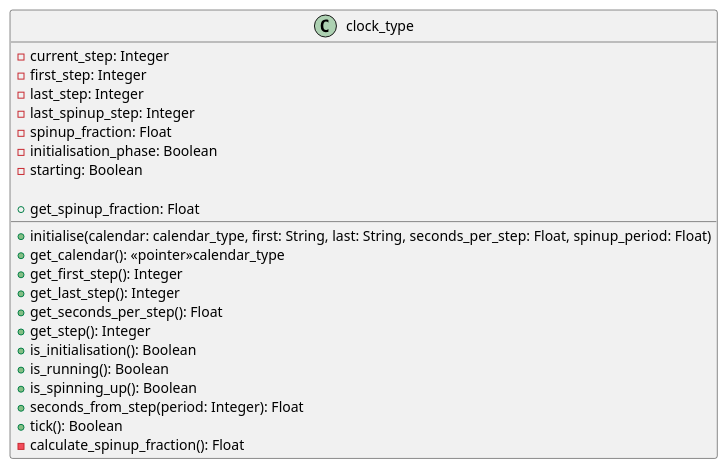
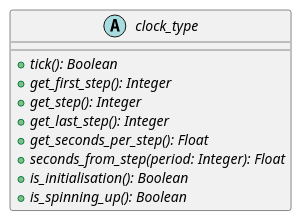
The diagram in infrastructure/documentation/uml/utilities/clock_mod.iuml (andrewcoughtrie/lfric_core), drawn with PlantUML before and after one commit. The commit also changed 48 other files, not shown here.

```diff
--- a/infrastructure/documentation/uml/utilities/clock_mod.iuml
+++ b/infrastructure/documentation/uml/utilities/clock_mod.iuml
@@ -1,27 +1,14 @@
-' (c) Crown copyright 2021 Met Office. All rights reserved.
+' (c) Crown copyright 2022 Met Office. All rights reserved.
 ' The file LICENCE, distributed with this code, contains details of the terms
 ' under which the code may be used.
 
-class clock_type {
-  -current_step: Integer
-  -first_step: Integer
-  -last_step: Integer
-  -last_spinup_step: Integer
-  -spinup_fraction: Float
-  -initialisation_phase: Boolean
-  -starting: Boolean
-
-  +initialise(calendar: calendar_type, first: String, last: String, seconds_per_step: Float, spinup_period: Float)
-  +get_calendar(): <<pointer>>calendar_type
-  +get_first_step(): Integer
-  +get_last_step(): Integer
-  +get_seconds_per_step(): Float
-  +get_spinup_fraction: Float
-  +get_step(): Integer
-  +is_initialisation(): Boolean
-  +is_running(): Boolean
-  +is_spinning_up(): Boolean
-  +seconds_from_step(period: Integer): Float
-  +tick(): Boolean
-  -calculate_spinup_fraction(): Float
+abstract class clock_type {
+  +{abstract}tick(): Boolean
+  +{abstract}get_first_step(): Integer
+  +{abstract}get_step(): Integer
+  +{abstract}get_last_step(): Integer
+  +{abstract}get_seconds_per_step(): Float
+  +{abstract}seconds_from_step(period: Integer): Float
+  +{abstract}is_initialisation(): Boolean
+  +{abstract}is_spinning_up(): Boolean
 }
```
